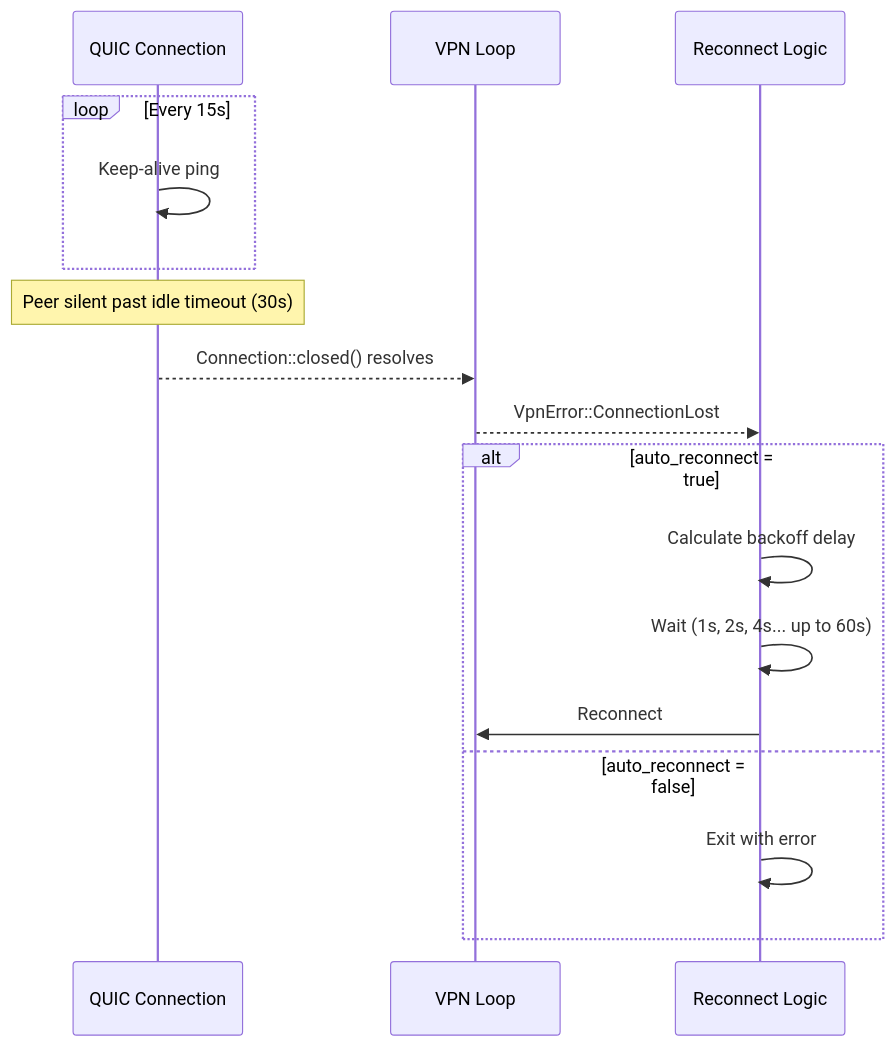
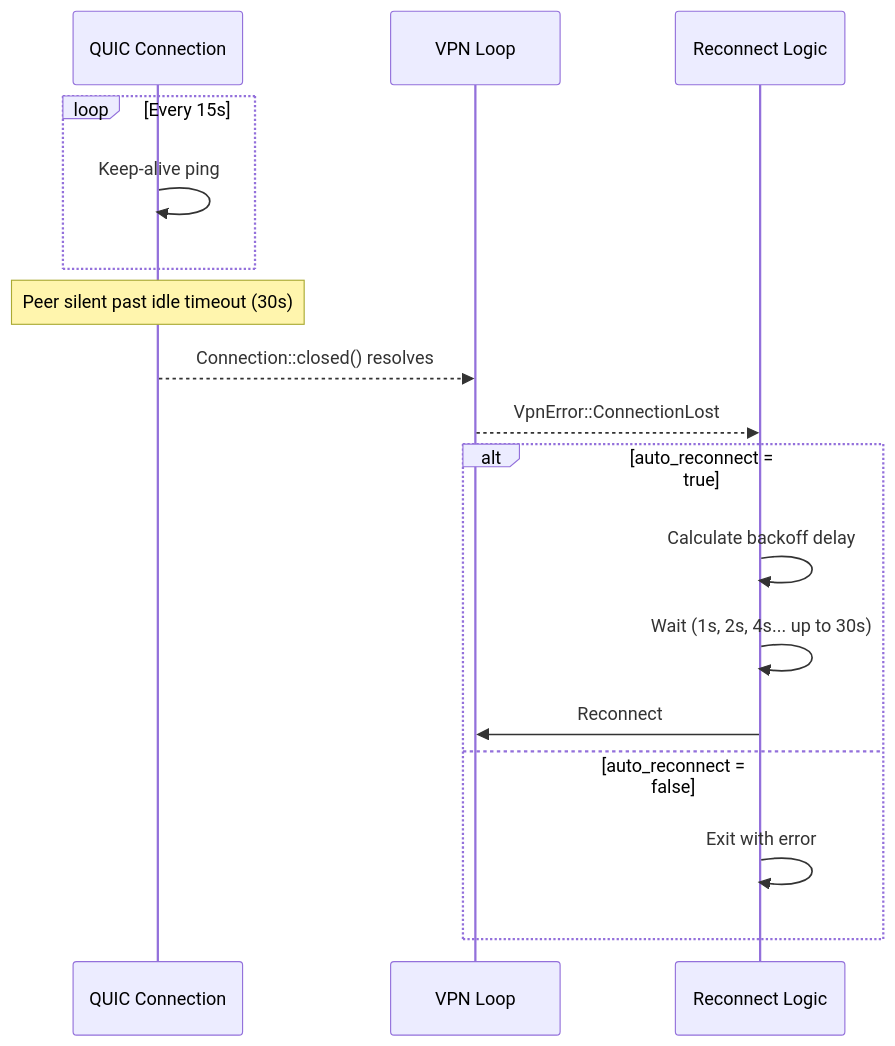
The sixth of 6 diagrams in docs/ARCHITECTURE.md (flexaccessdev/ezvpn), drawn with Mermaid before and after one commit. The commit also changed other lines of this file and 10 other files, not shown here.

````diff
--- a/docs/ARCHITECTURE.md
+++ b/docs/ARCHITECTURE.md
@@ -572,22 +572,22 @@
 ```mermaid
 sequenceDiagram
     participant Q as QUIC Connection
     participant VPN as VPN Loop
     participant RC as Reconnect Logic
 
     loop Every 15s
         Q->>Q: Keep-alive ping
     end
 
     Note over Q: Peer silent past idle timeout (30s)
     Q-->>VPN: Connection::closed() resolves
     VPN-->>RC: VpnError::ConnectionLost
 
     alt auto_reconnect = true
         RC->>RC: Calculate backoff delay
-        RC->>RC: Wait (1s, 2s, 4s... up to 60s)
+        RC->>RC: Wait (1s, 2s, 4s... up to 30s)
         RC->>VPN: Reconnect
     else auto_reconnect = false
         RC->>RC: Exit with error
     end
 ```
````
